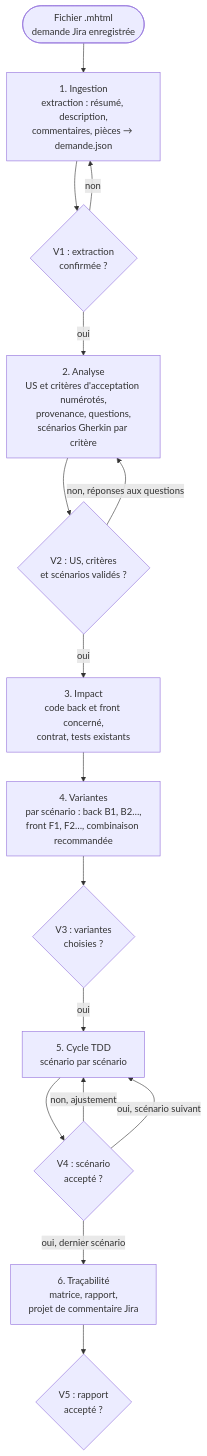
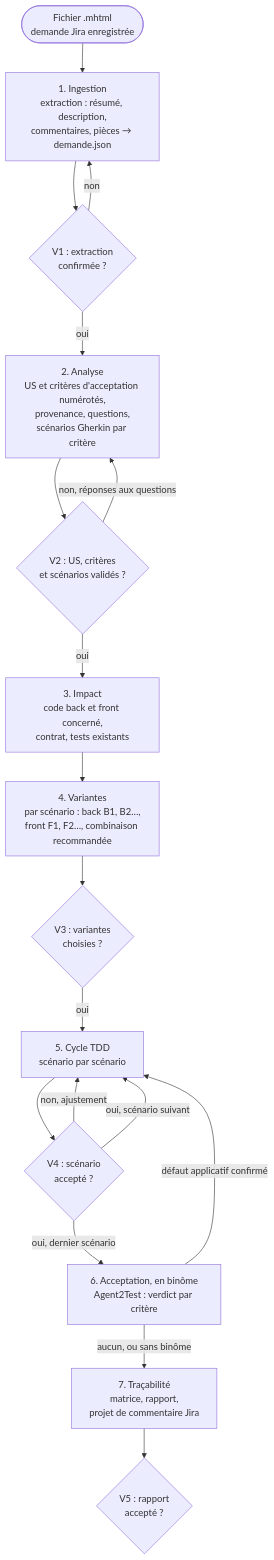
The diagram in specs/agent-tdd-jira/SKILL.md (FredGarcia/Agent2Prompt), drawn with Mermaid before and after one commit. The commit also changed other lines of this file and 36 other files, not shown here.

First line of the commit message:
spec(agent2test, agent-tdd-jira): versions 1.0.0 et 1.3.0, binôme développement et test

````diff
--- a/specs/agent-tdd-jira/SKILL.md
+++ b/specs/agent-tdd-jira/SKILL.md
@@ -30,18 +31,20 @@
 ```mermaid
 flowchart TD
   M(["Fichier .mhtml<br/>demande Jira enregistrée"]) --> I["1. Ingestion<br/>extraction : résumé, description,<br/>commentaires, pièces → demande.json"]
   I --> V1{"V1 : extraction<br/>confirmée ?"}
   V1 -->|non| I
   V1 -->|oui| A["2. Analyse<br/>US et critères d'acceptation numérotés,<br/>provenance, questions,<br/>scénarios Gherkin par critère"]
   A --> V2{"V2 : US, critères<br/>et scénarios validés ?"}
   V2 -->|"non, réponses aux questions"| A
   V2 -->|oui| IM["3. Impact<br/>code back et front concerné,<br/>contrat, tests existants"]
   IM --> VA["4. Variantes<br/>par scénario : back B1, B2…,<br/>front F1, F2…, combinaison recommandée"]
   VA --> V3{"V3 : variantes<br/>choisies ?"}
   V3 -->|oui| T["5. Cycle TDD<br/>scénario par scénario"]
   T --> V4{"V4 : scénario<br/>accepté ?"}
   V4 -->|"non, ajustement"| T
   V4 -->|"oui, scénario suivant"| T
-  V4 -->|"oui, dernier scénario"| TR["6. Traçabilité<br/>matrice, rapport,<br/>projet de commentaire Jira"]
+  V4 -->|"oui, dernier scénario"| AC["6. Acceptation, en binôme<br/>Agent2Test : verdict par critère"]
+  AC -->|"défaut applicatif confirmé"| T
+  AC -->|"aucun, ou sans binôme"| TR["7. Traçabilité<br/>matrice, rapport,<br/>projet de commentaire Jira"]
   TR --> V5{"V5 : rapport<br/>accepté ?"}
 ```
````
